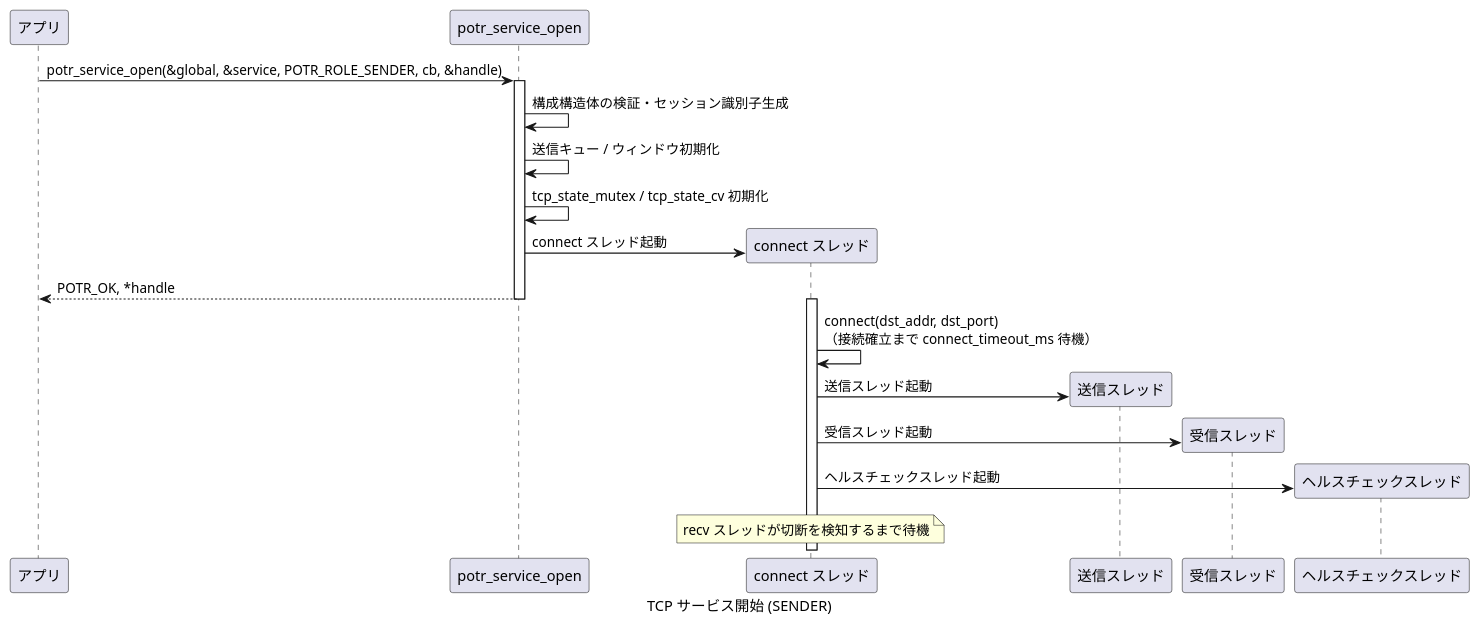
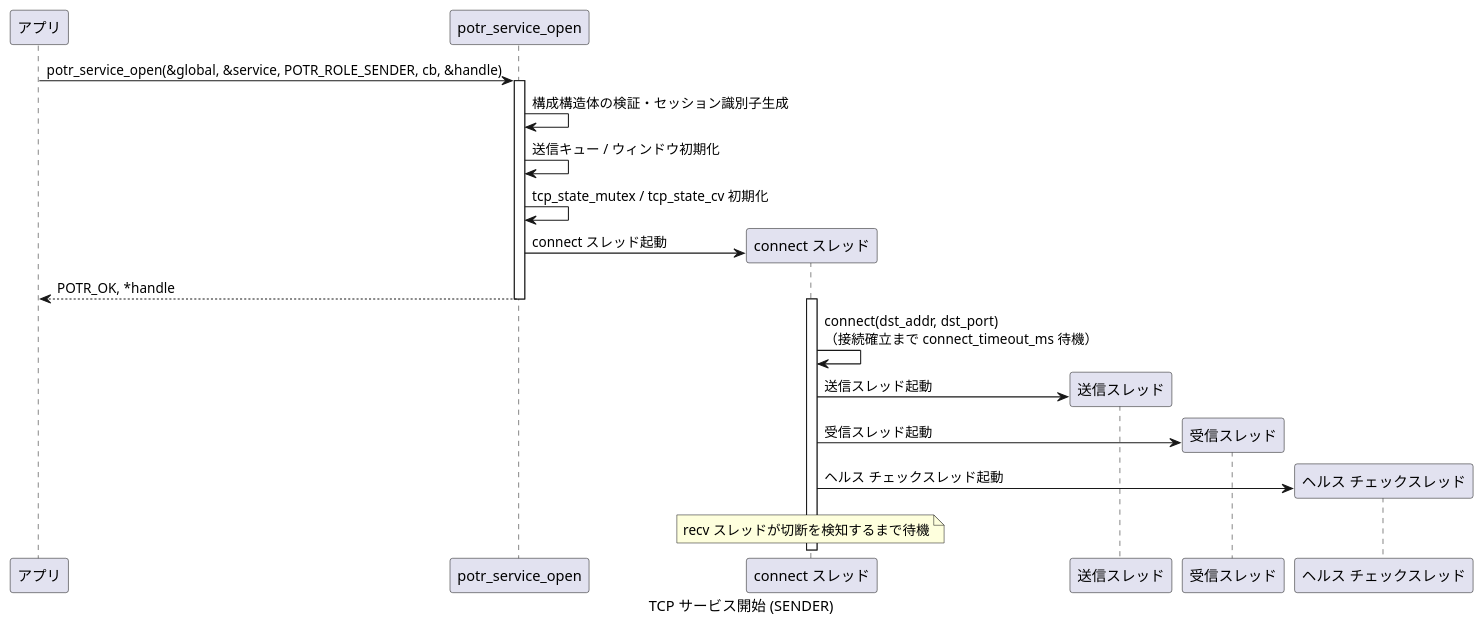
One commit to Hondarer/app_porter changed the first of 9 diagrams in docs/sequence-tcp.md. Above: the diagram before and after it, drawn with PlantUML. The commit also changed other lines of this file and 73 other files, not shown here.

````diff
--- a/docs/sequence-tcp.md
+++ b/docs/sequence-tcp.md
@@ -10,31 +10,31 @@
 ```plantuml
 @startuml TCP サービス開始 (SENDER)
 caption TCP サービス開始 (SENDER)
 
 participant "アプリ" as APP
 participant "potr_service_open" as OPEN
 participant "connect スレッド" as CT
 participant "送信スレッド" as ST
 participant "受信スレッド" as RT
-participant "ヘルスチェックスレッド" as HT
+participant "ヘルス チェックスレッド" as HT
 
 APP -> OPEN: potr_service_open(&global, &service, POTR_ROLE_SENDER, cb, &handle)
 activate OPEN
 OPEN -> OPEN: 構成構造体の検証・セッション識別子生成
 OPEN -> OPEN: 送信キュー / ウィンドウ初期化
 OPEN -> OPEN: tcp_state_mutex / tcp_state_cv 初期化
 
 OPEN -> CT**: connect スレッド起動
 OPEN --> APP: POTR_OK, *handle
 deactivate OPEN
 
 activate CT
 CT -> CT: connect(dst_addr, dst_port)\n（接続確立まで connect_timeout_ms 待機）
 CT -> ST**: 送信スレッド起動
 CT -> RT**: 受信スレッド起動
-CT -> HT**: ヘルスチェックスレッド起動
+CT -> HT**: ヘルス チェックスレッド起動
 
 note over CT: recv スレッドが切断を検知するまで待機
 
 @enduml
 ```
````
